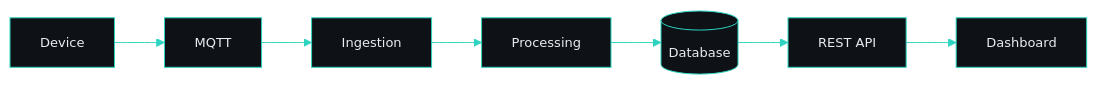
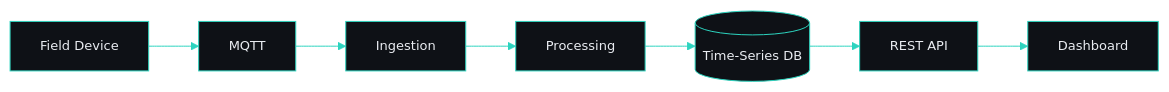
One commit to deep-narayan/deep-narayan changed the diagram in README.md. Above: the diagram before and after it, drawn with Mermaid. The commit also changed other lines of this file, not shown here.

````diff
--- a/README.md
+++ b/README.md
@@ -322,10 +45,10 @@
 ```mermaid
 %%{init: {'theme':'base','themeVariables':{'primaryColor':'#0E1116','primaryTextColor':'#E9ECF1','primaryBorderColor':'#2DD4BF','lineColor':'#2DD4BF','fontFamily':'ui-monospace, SFMono-Regular, Menlo, monospace','fontSize':'13px'}}}%%
 flowchart LR
-    A[Device] --> B[MQTT]
+    A[Field Device] --> B[MQTT]
     B --> C[Ingestion]
     C --> D[Processing]
-    D --> E[(Database)]
+    D --> E[(Time-Series DB)]
     E --> F[REST API]
     F --> G[Dashboard]
 ```
````
